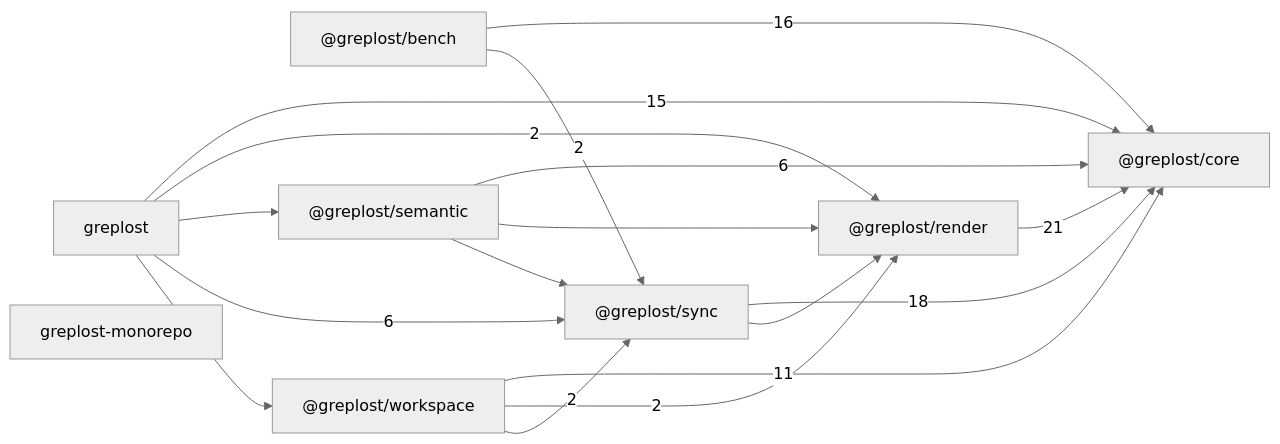
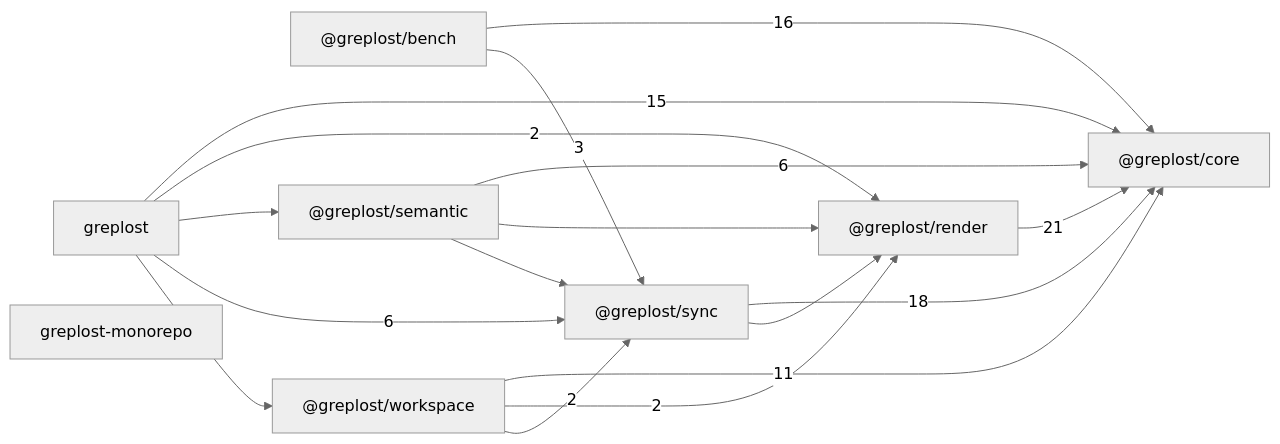
One commit to sns45/greplost changed the diagram in .greplost/repo/MAP.md. Above: the diagram before and after it, drawn with Mermaid (neutral theme). The commit also changed other lines of this file and 69 other files, not shown here.

````diff
--- a/.greplost/repo/MAP.md
+++ b/.greplost/repo/MAP.md
@@ -21,27 +21,27 @@
 ```mermaid
 graph LR
   _greplost_bench["@greplost/bench"]
   _greplost_core["@greplost/core"]
   _greplost_render["@greplost/render"]
   _greplost_semantic["@greplost/semantic"]
   _greplost_sync["@greplost/sync"]
   _greplost_workspace["@greplost/workspace"]
   greplost["greplost"]
   greplost_monorepo["greplost-monorepo"]
   _greplost_bench -->|16| _greplost_core
-  _greplost_bench -->|2| _greplost_sync
+  _greplost_bench -->|3| _greplost_sync
   _greplost_render -->|21| _greplost_core
   _greplost_semantic -->|6| _greplost_core
   _greplost_semantic --> _greplost_render
   _greplost_semantic --> _greplost_sync
   _greplost_sync -->|18| _greplost_core
   _greplost_sync --> _greplost_render
   _greplost_workspace -->|11| _greplost_core
   _greplost_workspace -->|2| _greplost_render
   _greplost_workspace -->|2| _greplost_sync
   greplost -->|15| _greplost_core
   greplost -->|2| _greplost_render
   greplost --> _greplost_semantic
   greplost -->|6| _greplost_sync
   greplost --> _greplost_workspace
 ```
````
